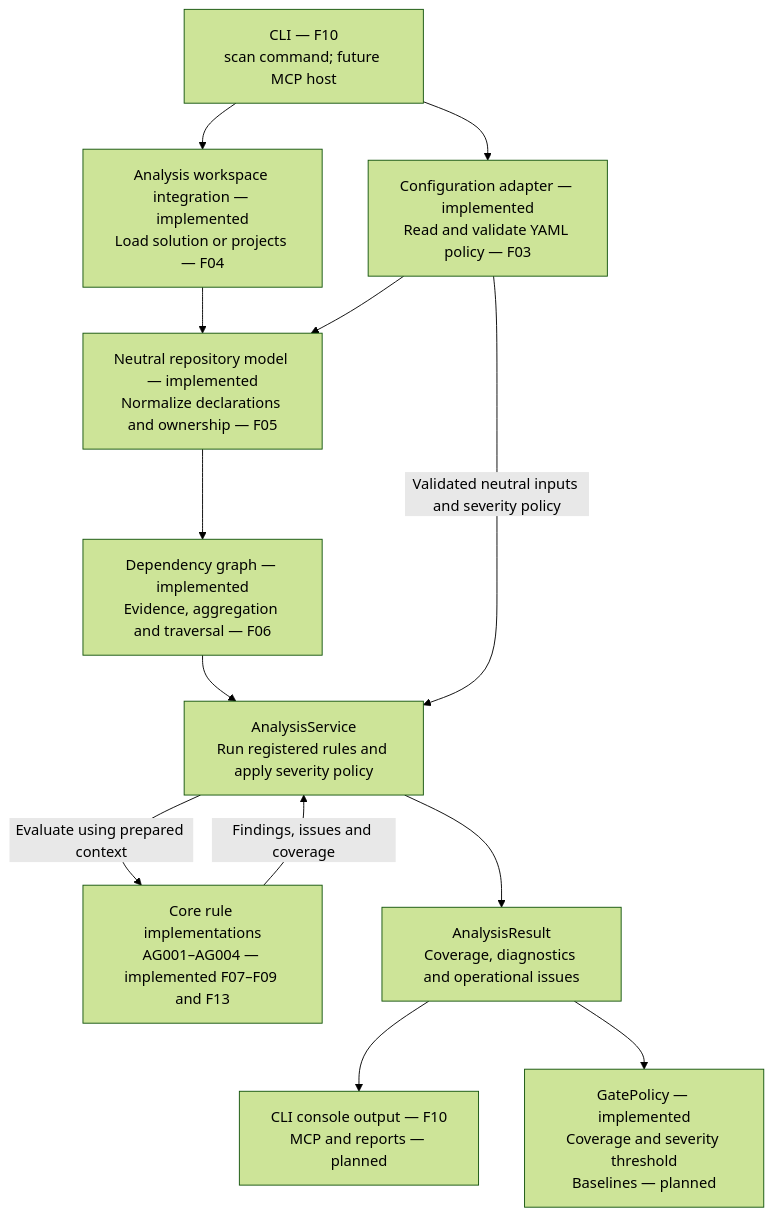
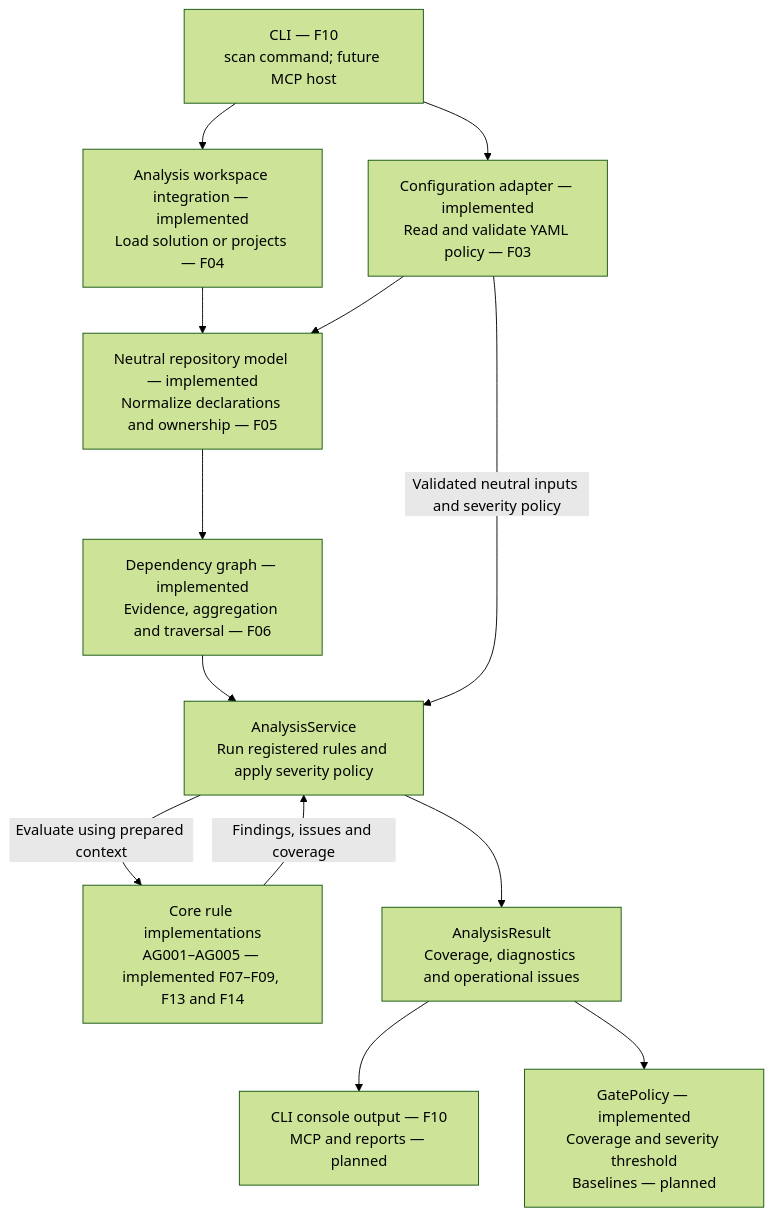
The second of 3 diagrams in docs/architecture/overview.md (kbourzayq/arch-guard), drawn with Mermaid (forest theme) before and after one commit. The commit also changed other lines of this file and 34 other files, not shown here.

````diff
--- a/docs/architecture/overview.md
+++ b/docs/architecture/overview.md
@@ -140,26 +140,26 @@
 ```mermaid
 flowchart TD
     Host["CLI — F10<br/>scan command; future MCP host"]
     Configuration["Configuration adapter — implemented<br/>Read and validate YAML policy — F03"]
     Workspace["Analysis workspace integration — implemented<br/>Load solution or projects — F04"]
     Context["Neutral repository model — implemented<br/>Normalize declarations and ownership — F05"]
     Graph["Dependency graph — implemented<br/>Evidence, aggregation and traversal — F06"]
     Service["AnalysisService<br/>Run registered rules and apply severity policy"]
-    Rules["Core rule implementations<br/>AG001–AG004 — implemented F07–F09 and F13"]
+    Rules["Core rule implementations<br/>AG001–AG005 — implemented F07–F09, F13 and F14"]
     Result["AnalysisResult<br/>Coverage, diagnostics and operational issues"]
     Output["CLI console output — F10<br/>MCP and reports — planned"]
     Gate["GatePolicy — implemented<br/>Coverage and severity threshold<br/>Baselines — planned"]
 
     Host --> Configuration
     Host --> Workspace
     Workspace --> Context
     Configuration --> Context
     Context --> Graph
     Graph --> Service
     Configuration -->|"Validated neutral inputs and severity policy"| Service
     Service -->|"Evaluate using prepared context"| Rules
     Rules -->|"Findings, issues and coverage"| Service
     Service --> Result
     Result --> Output
     Result --> Gate
 ```
````
